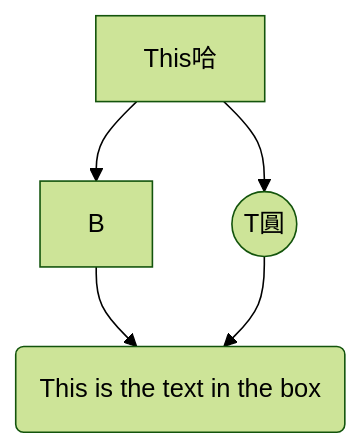
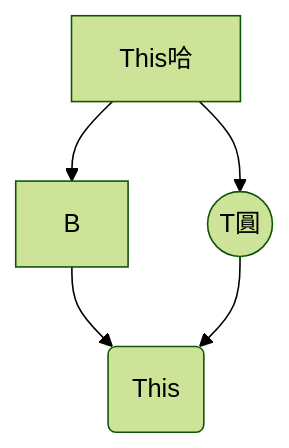
The second of 2 diagrams in chap04/README.md (hfyeh/taiji), drawn with Mermaid (forest theme) before and after one commit.

````diff
--- a/chap04/README.md
+++ b/chap04/README.md
@@ -38,7 +38,7 @@
 ``` mermaid
 graph TD;
     A[This哈]-->B;
     A-->C((T圓));
     B-->D;
-    C-->D(This is the text in the box);
+    C-->D(This);
 ```
````
